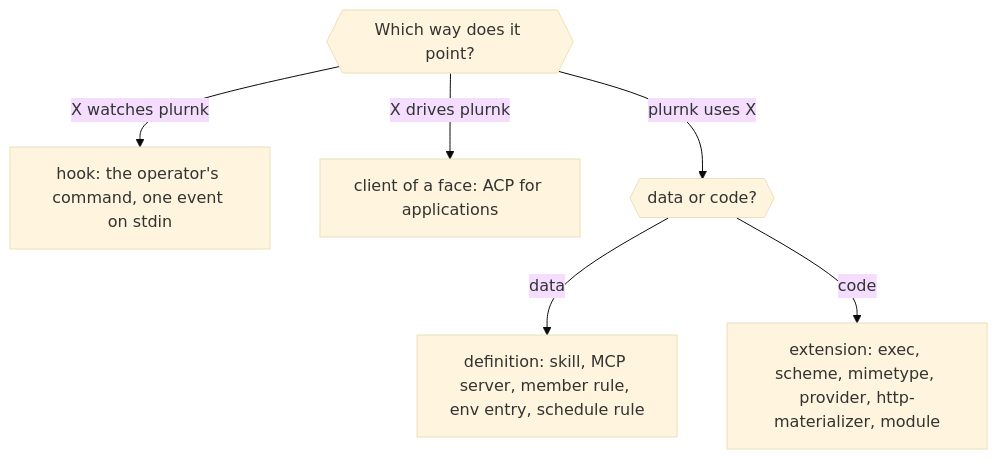
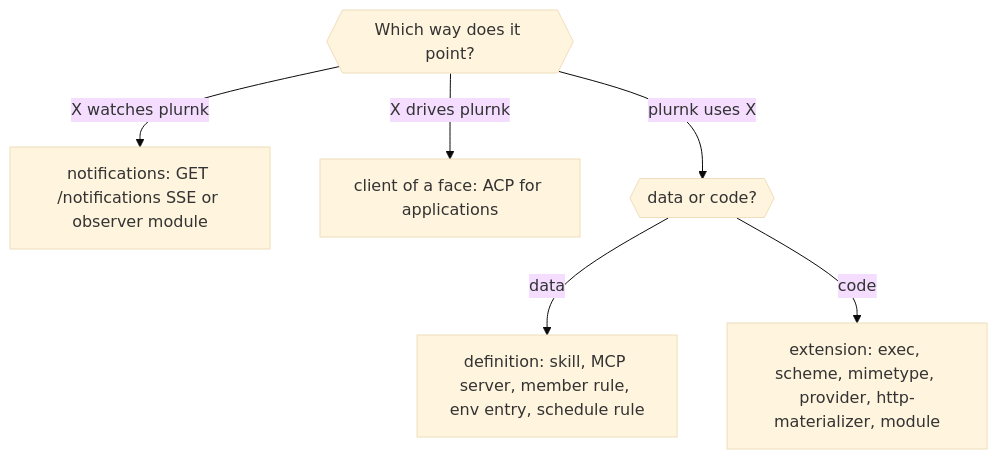
The third of 5 diagrams in ARCHITECTURE.md (plurnk/plurnk-service), drawn with Mermaid (base theme) before and after one commit. The commit also changed other lines of this file and 69 other files, not shown here.

Commit message:
feat(notifications): serve GET /notifications SSE and retire plurnk-hooks (#1440)

````diff
--- a/ARCHITECTURE.md
+++ b/ARCHITECTURE.md
@@ -179,9 +178,9 @@
 ```mermaid
 flowchart TD
     Q{{"Which way does it point?"}}
-    Q -->|"X watches plurnk"| H["hook: the operator's command, one event on stdin"]
+    Q -->|"X watches plurnk"| H["notifications: GET /notifications SSE or observer module"]
     Q -->|"X drives plurnk"| F["client of a face: ACP for applications"]
     Q -->|"plurnk uses X"| U{{"data or code?"}}
     U -->|data| D["definition: skill, MCP server, member rule, env entry, schedule rule"]
     U -->|code| E["extension: exec, scheme, mimetype, provider, http-materializer, module"]
 ```
````
